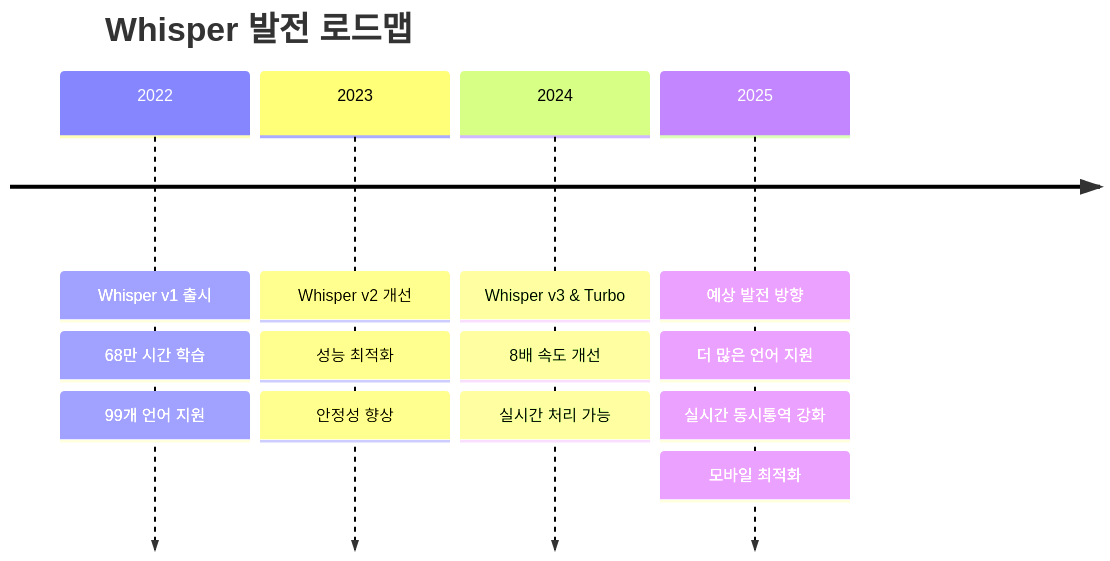
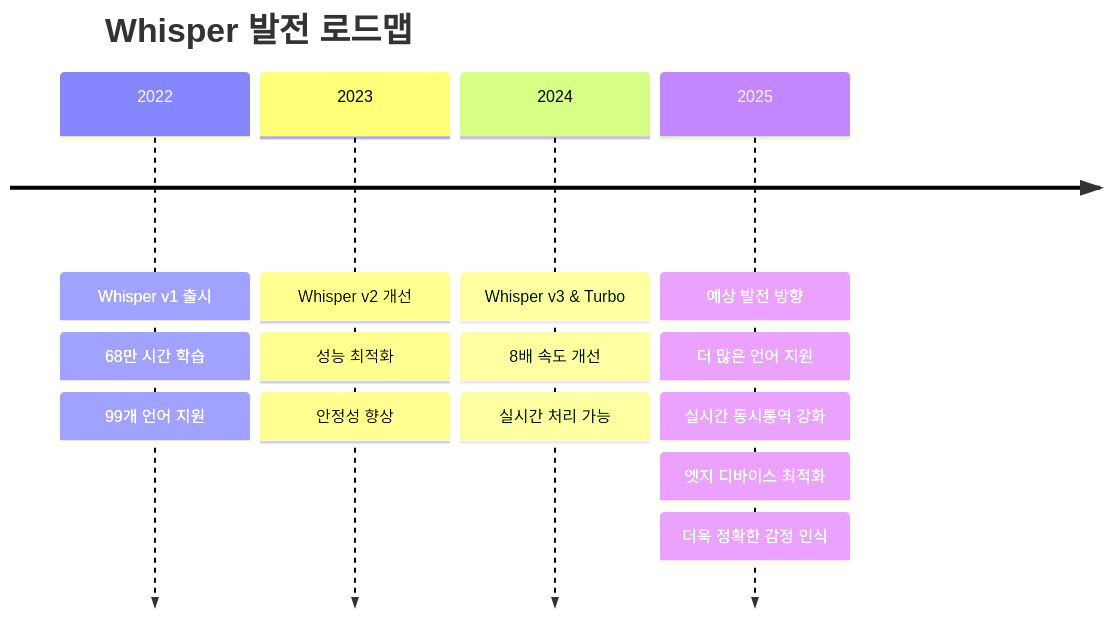
Before and after one commit to welnailetter-bot/welnailetter-bot.github.io: the tenth of 10 diagrams in _posts/2025-08-04-openai-whisper-comprehensive-guide.md, drawn with Mermaid. The commit also changed other lines of this file and 6 other files, not shown here.

```diff
--- a/_posts/2025-08-04-openai-whisper-comprehensive-guide.md
+++ b/_posts/2025-08-04-openai-whisper-comprehensive-guide.md
@@ -435,21 +2038,22 @@
 <div class="mermaid">
 timeline
     title Whisper 발전 로드맵
     
     2022 : Whisper v1 출시
          : 68만 시간 학습
          : 99개 언어 지원
     
     2023 : Whisper v2 개선
          : 성능 최적화
          : 안정성 향상
     
     2024 : Whisper v3 & Turbo
          : 8배 속도 개선
          : 실시간 처리 가능
     
     2025 : 예상 발전 방향
          : 더 많은 언어 지원
          : 실시간 동시통역 강화
-         : 모바일 최적화
+         : 엣지 디바이스 최적화
+         : 더욱 정확한 감정 인식
 </div>
```
